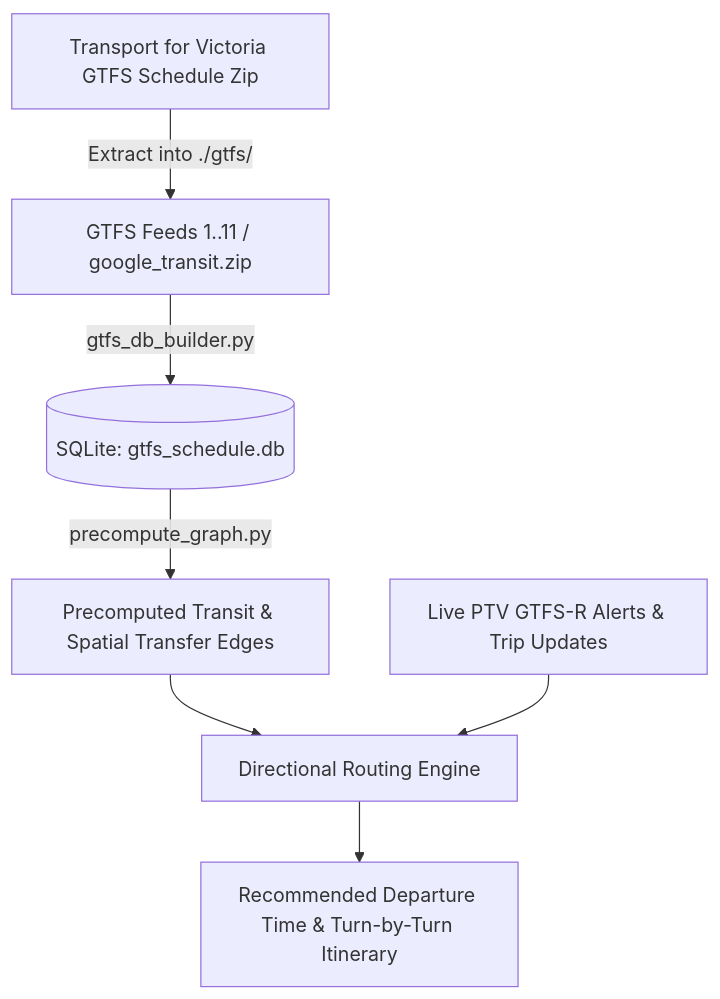
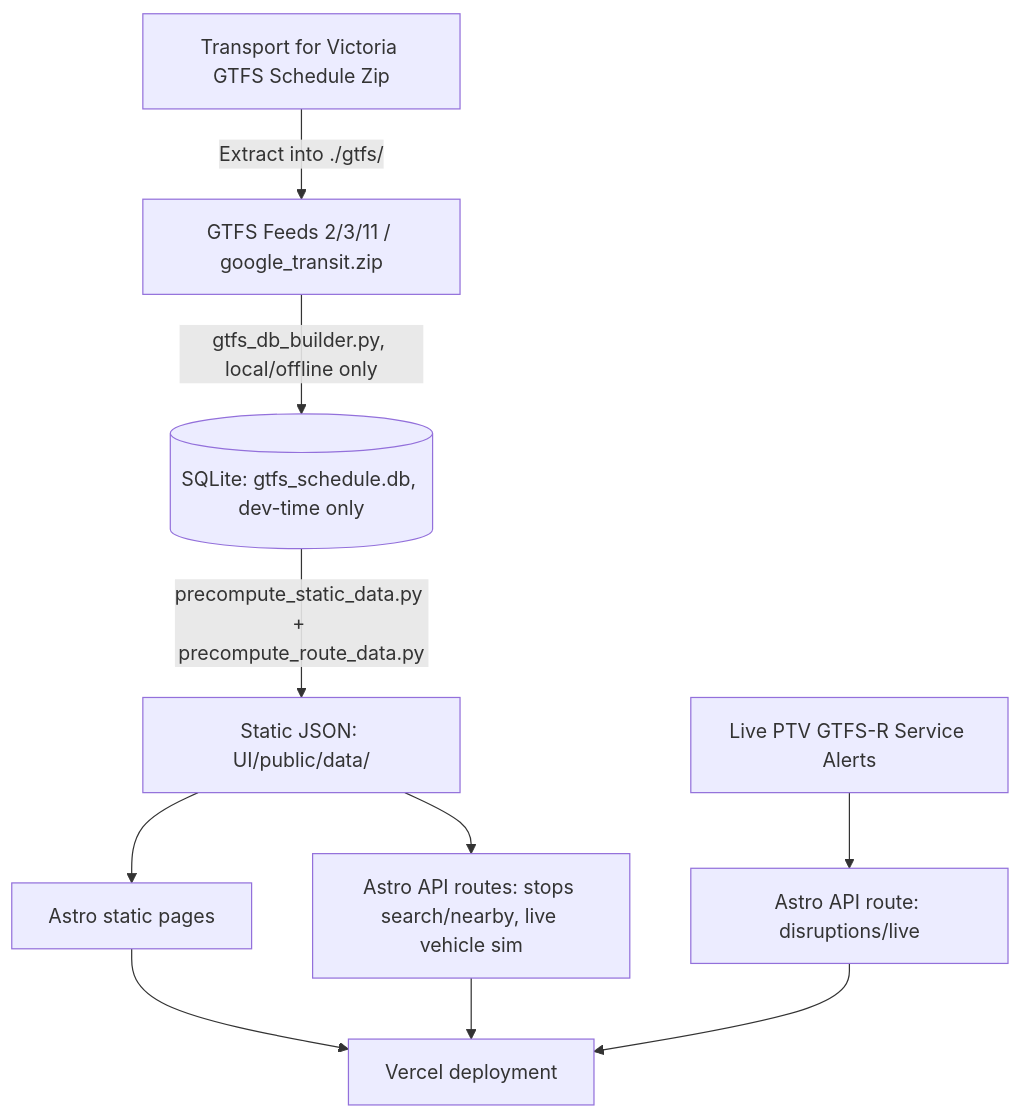
The diagram in README.md (LucidMach/Motion), drawn with Mermaid before and after one commit. The commit also changed other lines of this file and 840 other files, not shown here.

````diff
--- a/README.md
+++ b/README.md
@@ -9,9 +9,12 @@
 ```mermaid
 graph TD
-    A[Transport for Victoria GTFS Schedule Zip] -->|Extract into ./gtfs/| B[GTFS Feeds 1..11 / google_transit.zip]
-    B -->|gtfs_db_builder.py| C[(SQLite: gtfs_schedule.db)]
-    C -->|precompute_graph.py| D[Precomputed Transit & Spatial Transfer Edges]
-    D --> E[Directional Routing Engine]
-    F[Live PTV GTFS-R Alerts & Trip Updates] --> E
-    E --> G[Recommended Departure Time & Turn-by-Turn Itinerary]
+    A[Transport for Victoria GTFS Schedule Zip] -->|Extract into ./gtfs/| B[GTFS Feeds 2/3/11 / google_transit.zip]
+    B -->|gtfs_db_builder.py, local/offline only| C[(SQLite: gtfs_schedule.db, dev-time only)]
+    C -->|precompute_static_data.py + precompute_route_data.py| D[Static JSON: UI/public/data/]
+    D --> E[Astro static pages]
+    D --> F[Astro API routes: stops search/nearby, live vehicle sim]
+    G[Live PTV GTFS-R Service Alerts] --> H[Astro API route: disruptions/live]
+    E --> I[Vercel deployment]
+    F --> I
+    H --> I
 ```
````
